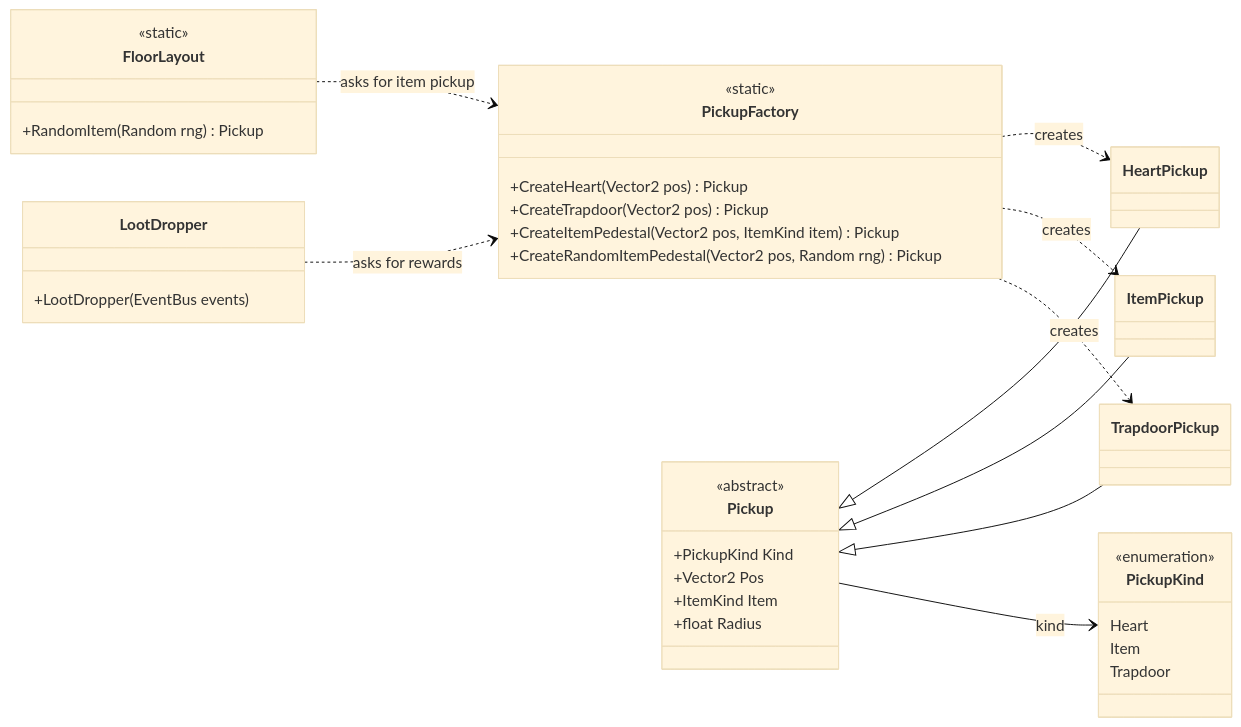
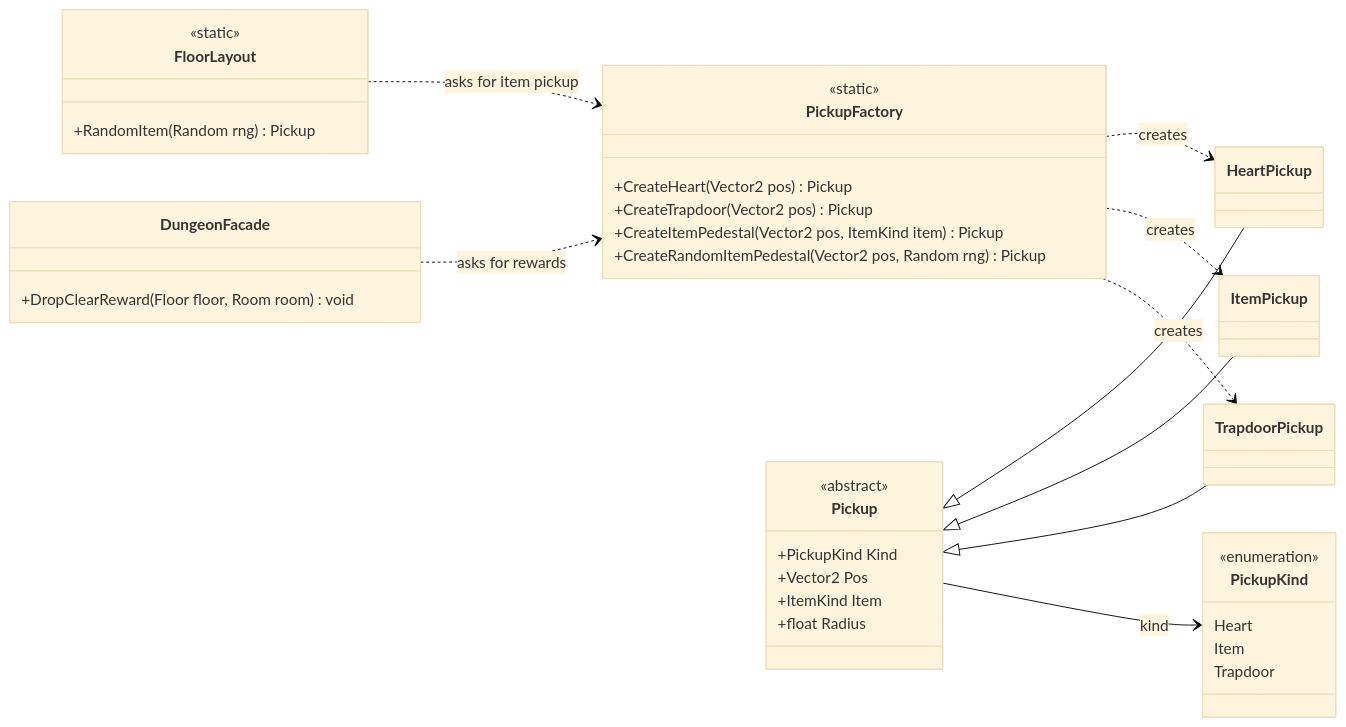
The diagram in docs/factory-class-diagram.mmd (MyciuS/unhallowed), drawn with Mermaid (base theme) before and after one commit. The commit also changed 3 other files, not shown here.

Commit message:
point the builder, factory and observer docs at the dungeon facade

```diff
--- a/docs/factory-class-diagram.mmd
+++ b/docs/factory-class-diagram.mmd
@@ -1,48 +1,48 @@
 classDiagram
     direction LR
 
     class PickupFactory {
         <<static>>
         +CreateHeart(Vector2 pos) Pickup
         +CreateTrapdoor(Vector2 pos) Pickup
         +CreateItemPedestal(Vector2 pos, ItemKind item) Pickup
         +CreateRandomItemPedestal(Vector2 pos, Random rng) Pickup
     }
 
     class Pickup {
         <<abstract>>
         +PickupKind Kind
         +Vector2 Pos
         +ItemKind Item
         +float Radius
     }
 
     class HeartPickup
     class ItemPickup
     class TrapdoorPickup
 
     class PickupKind {
         <<enumeration>>
         Heart
         Item
         Trapdoor
     }
 
     class FloorLayout {
         <<static>>
         +RandomItem(Random rng) Pickup
     }
 
-    class LootDropper {
-        +LootDropper(EventBus events)
+    class DungeonFacade {
+        +DropClearReward(Floor floor, Room room) void
     }
 
     Pickup <|-- HeartPickup
     Pickup <|-- ItemPickup
     Pickup <|-- TrapdoorPickup
     Pickup --> PickupKind : kind
     PickupFactory ..> HeartPickup : creates
     PickupFactory ..> ItemPickup : creates
     PickupFactory ..> TrapdoorPickup : creates
     FloorLayout ..> PickupFactory : asks for item pickup
-    LootDropper ..> PickupFactory : asks for rewards
+    DungeonFacade ..> PickupFactory : asks for rewards
```
